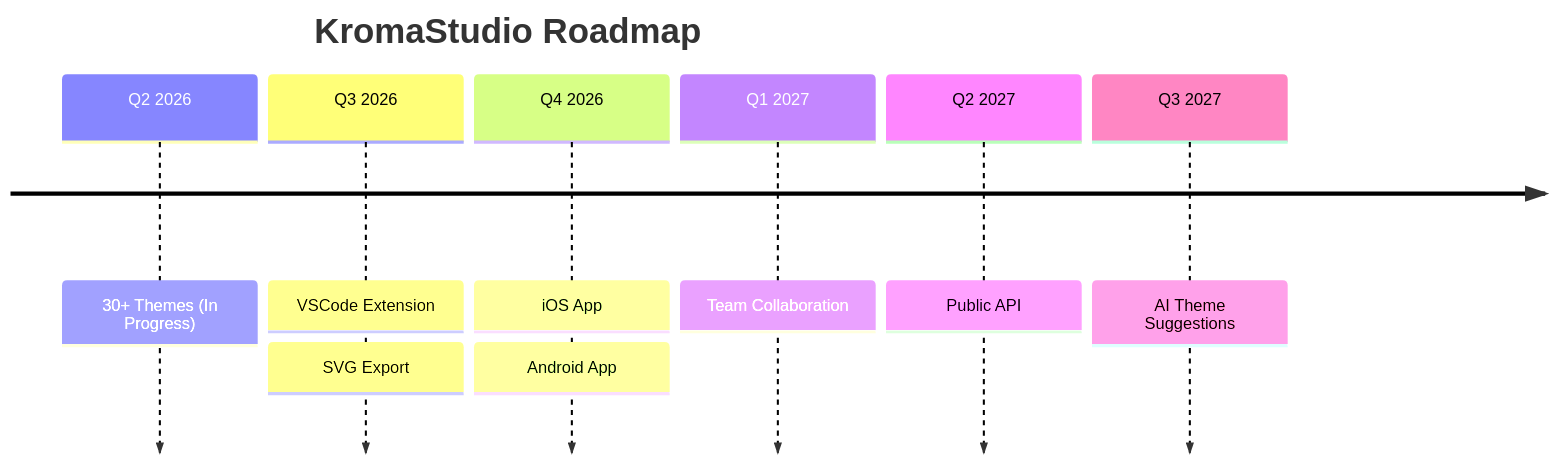
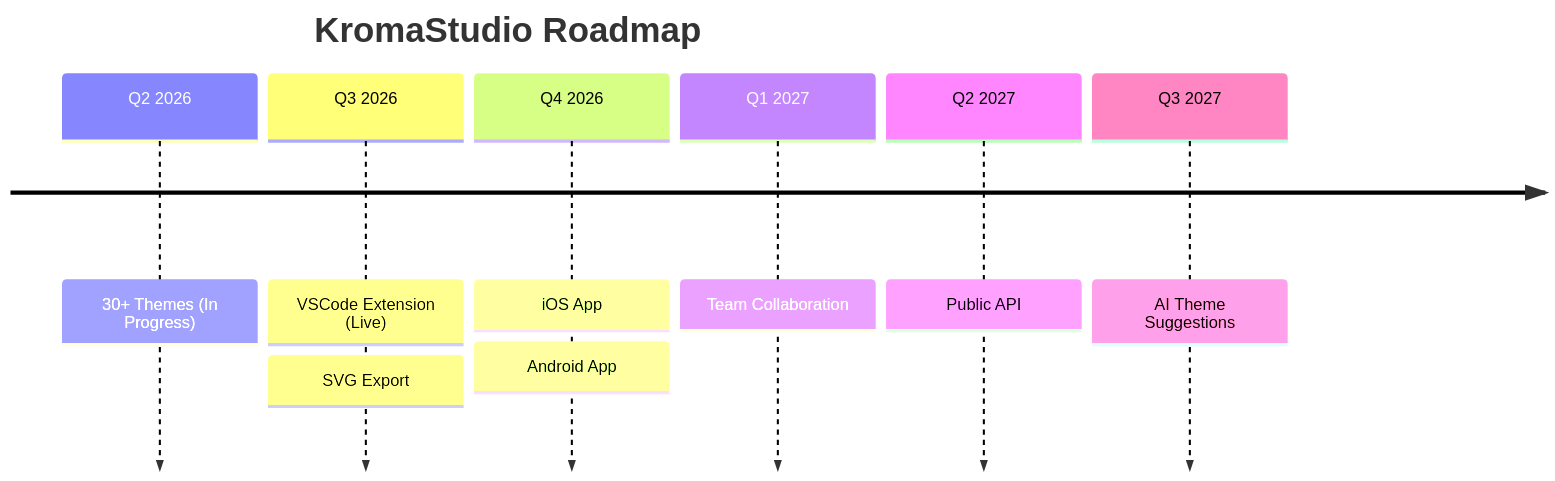
One commit to Ritesh0888/kroma-studio changed the second of 2 diagrams in README.md. Above: the diagram before and after it, drawn with Mermaid. The commit also changed other lines of this file and 5 other files, not shown here.

````diff
--- a/README.md
+++ b/README.md
@@ -300,12 +301,12 @@
 ```mermaid
 timeline
     title KromaStudio Roadmap
     Q2 2026 : 30+ Themes (In Progress)
-    Q3 2026 : VSCode Extension
+    Q3 2026 : VSCode Extension (Live)
             : SVG Export
     Q4 2026 : iOS App
             : Android App
     Q1 2027 : Team Collaboration
     Q2 2027 : Public API
     Q3 2027 : AI Theme Suggestions
 ```
````
